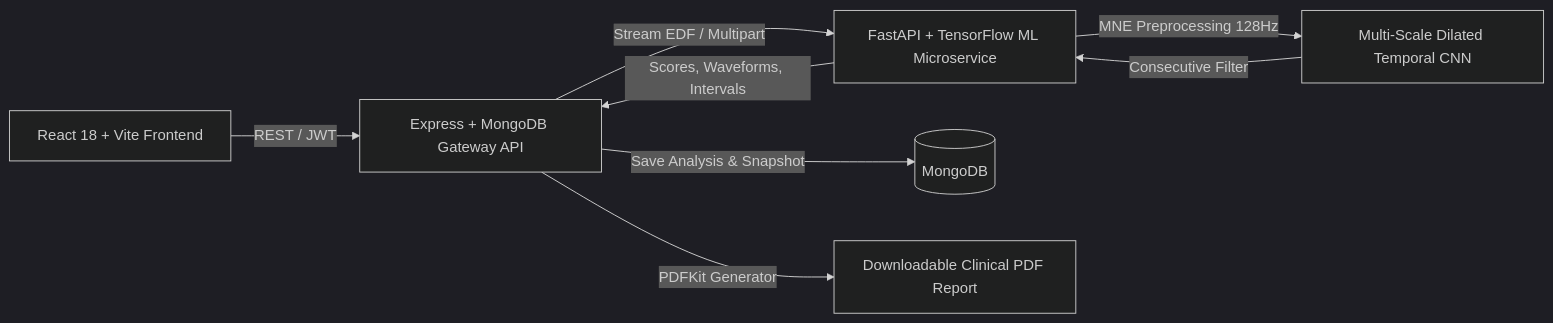
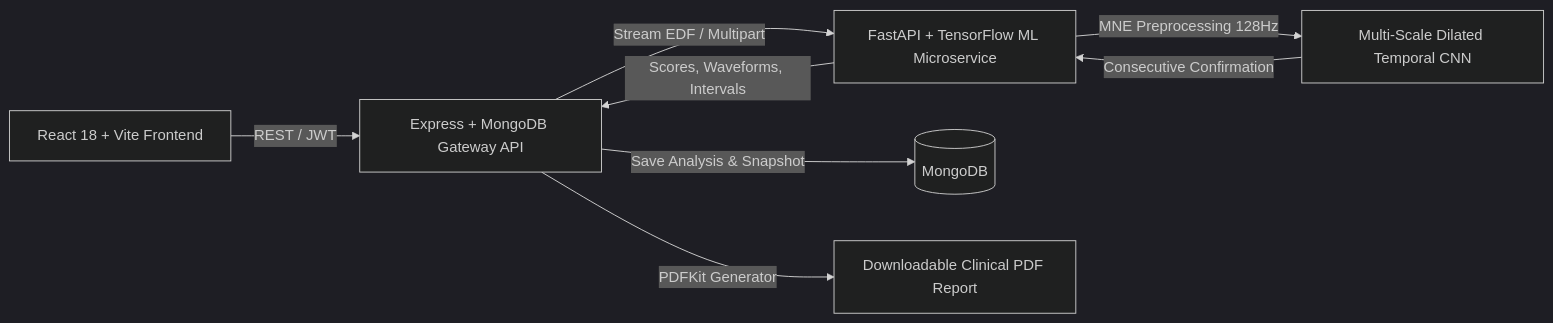
Before and after one commit to musammilvilayil/neurotwin: the diagram in README.md, drawn with Mermaid (dark theme). The commit also changed other lines of this file and 5 other files, not shown here.

````diff
--- a/README.md
+++ b/README.md
@@ -23,10 +23,10 @@
 ```mermaid
 flowchart LR
     A[React 18 + Vite Frontend] -->|REST / JWT| B[Express + MongoDB Gateway API]
     B -->|Stream EDF / Multipart| C[FastAPI + TensorFlow ML Microservice]
     C -->|MNE Preprocessing 128Hz| D[Multi-Scale Dilated Temporal CNN]
-    D -->|Consecutive Filter| C
+    D -->|Consecutive Confirmation| C
     C -->|Scores, Waveforms, Intervals| B
     B -->|Save Analysis & Snapshot| E[(MongoDB)]
     B -->|PDFKit Generator| F[Downloadable Clinical PDF Report]
 ```
````
